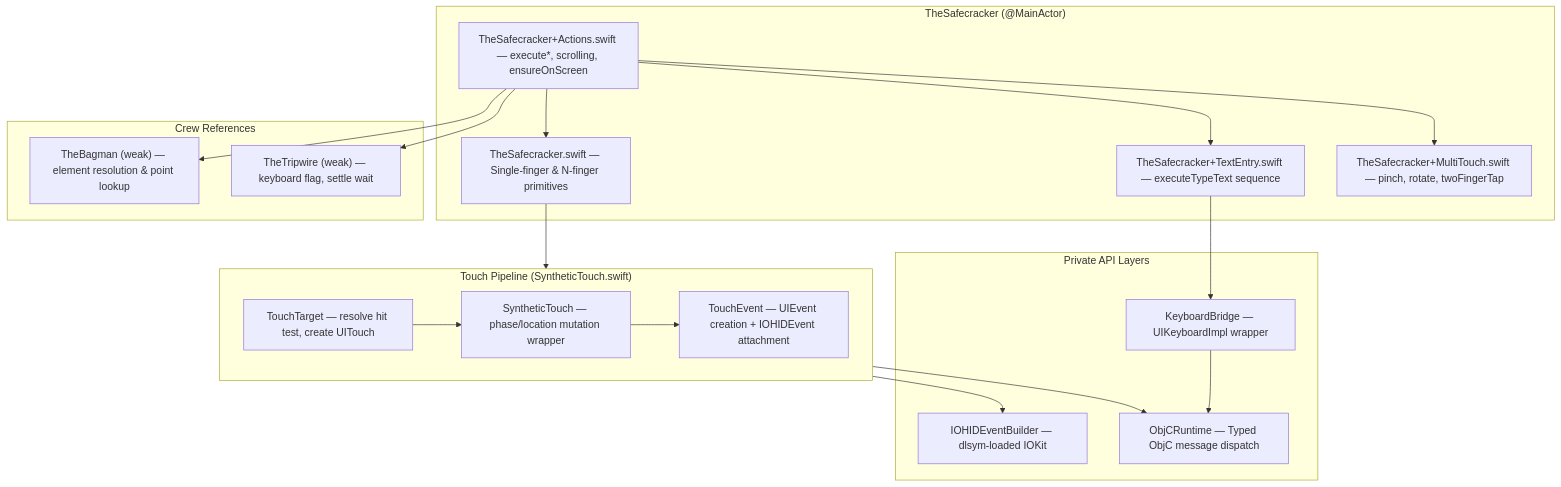
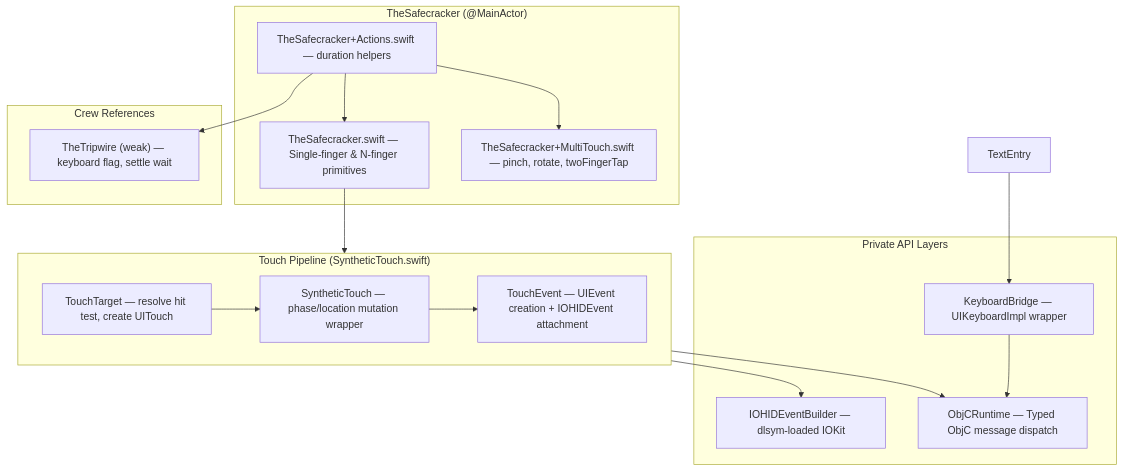
One commit to RoyalPineapple/TheButtonHeist changed the first of 4 diagrams in docs/dossiers/04-THESAFECRACKER.md. Above: the diagram before and after it, drawn with Mermaid. The commit also changed other lines of this file and 71 other files, not shown here.

````diff
--- a/docs/dossiers/04-THESAFECRACKER.md
+++ b/docs/dossiers/04-THESAFECRACKER.md
@@ -41,38 +38,34 @@
 ```mermaid
 graph TD
     subgraph TheSafecracker["TheSafecracker (@MainActor)"]
-        Actions["TheSafecracker+Actions.swift — execute*, scrolling, ensureOnScreen"]
-        TextEntry["TheSafecracker+TextEntry.swift — executeTypeText sequence"]
+        Actions["TheSafecracker+Actions.swift — duration helpers"]
         Core["TheSafecracker.swift — Single-finger & N-finger primitives"]
         Multi["TheSafecracker+MultiTouch.swift — pinch, rotate, twoFingerTap"]
     end
 
     subgraph TouchPipeline["Touch Pipeline (SyntheticTouch.swift)"]
         TT["TouchTarget — resolve hit test, create UITouch"]
         ST["SyntheticTouch — phase/location mutation wrapper"]
         TE["TouchEvent — UIEvent creation + IOHIDEvent attachment"]
         TT --> ST --> TE
     end
 
     subgraph PrivateAPIs["Private API Layers"]
         IOHID["IOHIDEventBuilder — dlsym-loaded IOKit"]
         KB["KeyboardBridge — UIKeyboardImpl wrapper"]
         ObjC["ObjCRuntime — Typed ObjC message dispatch"]
     end
 
     subgraph Crew["Crew References"]
-        Bagman["TheBagman (weak) — element resolution & point lookup"]
         Tripwire["TheTripwire (weak) — keyboard flag, settle wait"]
     end
 
     Actions --> Core
     Actions --> Multi
-    Actions --> TextEntry
     Core --> TouchPipeline
     TouchPipeline --> IOHID
     TouchPipeline --> ObjC
     TextEntry --> KB
     KB --> ObjC
-    Actions --> Bagman
     Actions --> Tripwire
 ```
````
